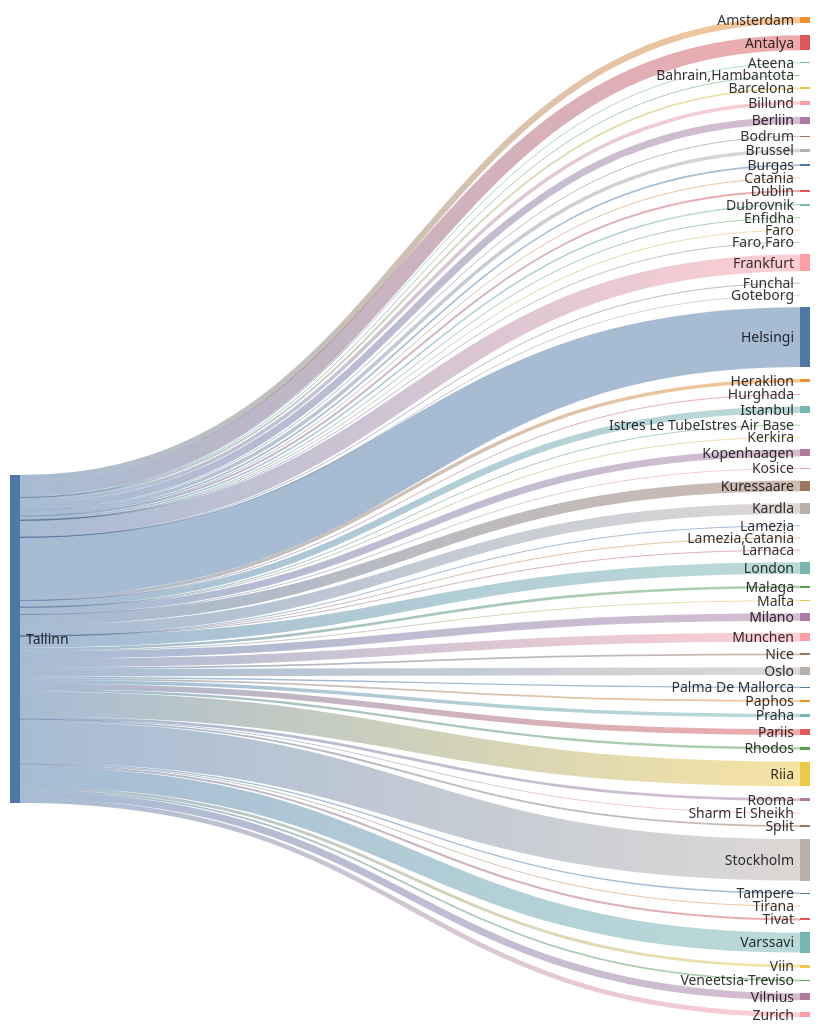
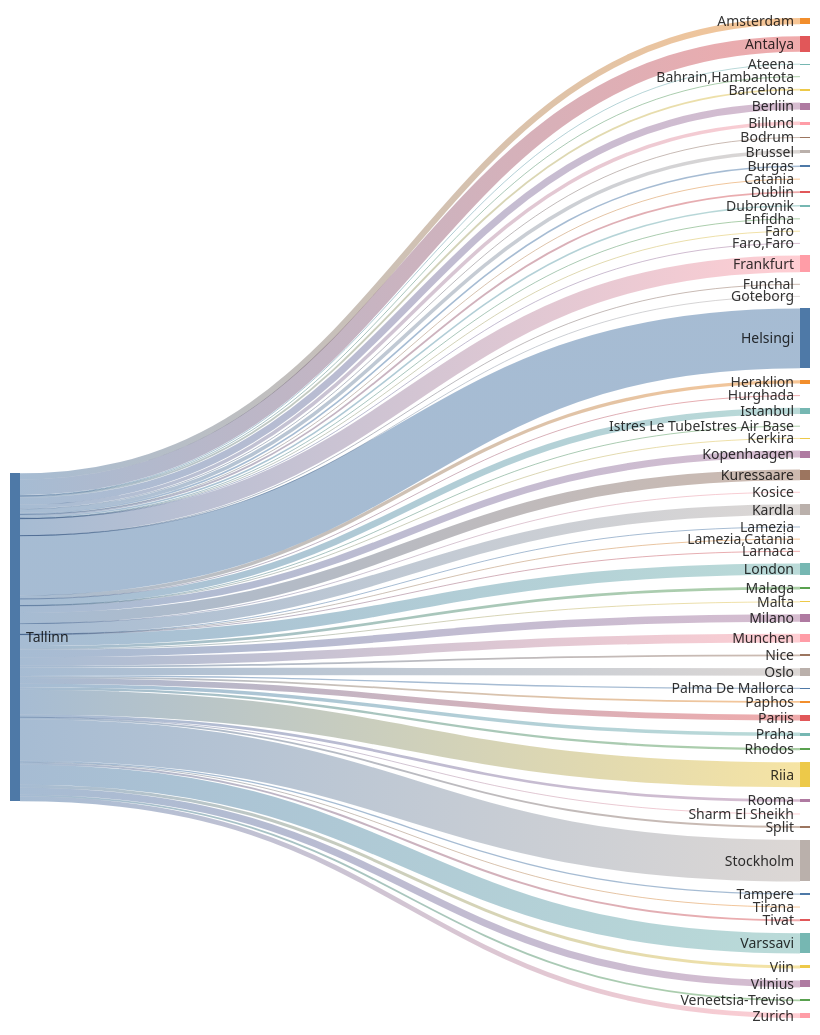
The second of 2 diagrams in README.md (rainermesi/tll-airport-departures), drawn with Mermaid before and after one commit. The commit also changed other lines of this file, not shown here.

````diff
--- a/README.md
+++ b/README.md
@@ -34,70 +34,70 @@
 ```mermaid
 ---
 config:
   sankey:
     showValues: false
     width: 800
     height: 1000
 ---
 sankey-beta
 %% source,target,value
-Tallinn,Amsterdam,81
-Tallinn,Antalya,199
+Tallinn,Amsterdam,82
+Tallinn,Antalya,205
 Tallinn,Ateena,13
 Tallinn,"Bahrain,Hambantota",1
 Tallinn,Barcelona,24
 Tallinn,Berliin,93
 Tallinn,Billund,47
 Tallinn,Bodrum,11
 Tallinn,Brussel,47
 Tallinn,Burgas,21
 Tallinn,Catania,2
 Tallinn,Dublin,24
 Tallinn,Dubrovnik,21
 Tallinn,Enfidha,6
 Tallinn,Faro,4
 Tallinn,"Faro,Faro",1
-Tallinn,Frankfurt,220
+Tallinn,Frankfurt,223
 Tallinn,Funchal,1
 Tallinn,Goteborg,1
-Tallinn,Helsingi,782
+Tallinn,Helsingi,792
 Tallinn,Heraklion,45
 Tallinn,Hurghada,1
 Tallinn,Istanbul,86
 Tallinn,Istres Le TubeIstres Air Base,2
 Tallinn,Kerkira,4
-Tallinn,Kopenhaagen,92
+Tallinn,Kopenhaagen,93
 Tallinn,Kosice,1
-Tallinn,Kuressaare,139
-Tallinn,Kardla,139
+Tallinn,Kuressaare,141
+Tallinn,Kardla,141
 Tallinn,Lamezia,1
 Tallinn,"Lamezia,Catania",3
 Tallinn,Larnaca,2
-Tallinn,London,150
-Tallinn,Malaga,34
+Tallinn,London,151
+Tallinn,Malaga,35
 Tallinn,Malta,12
 Tallinn,Milano,99
-Tallinn,Munchen,114
+Tallinn,Munchen,115
 Tallinn,Nice,23
 Tallinn,Oslo,99
 Tallinn,Palma De Mallorca,18
 Tallinn,Paphos,23
 Tallinn,Pariis,76
 Tallinn,Praha,46
 Tallinn,Rhodos,31
-Tallinn,Riia,325
+Tallinn,Riia,329
 Tallinn,Rooma,36
 Tallinn,Sharm El Sheikh,3
 Tallinn,Split,24
-Tallinn,Stockholm,544
+Tallinn,Stockholm,551
 Tallinn,Tampere,17
 Tallinn,Tirana,8
 Tallinn,Tivat,26
-Tallinn,Varssavi,264
-Tallinn,Veneetsia-Treviso,23
-Tallinn,Viin,38
-Tallinn,Vilnius,92
-Tallinn,Zurich,62
+Tallinn,Varssavi,267
+Tallinn,Veneetsia-Treviso,24
+Tallinn,Viin,39
+Tallinn,Vilnius,93
+Tallinn,Zurich,63
 
 
 ```
````
